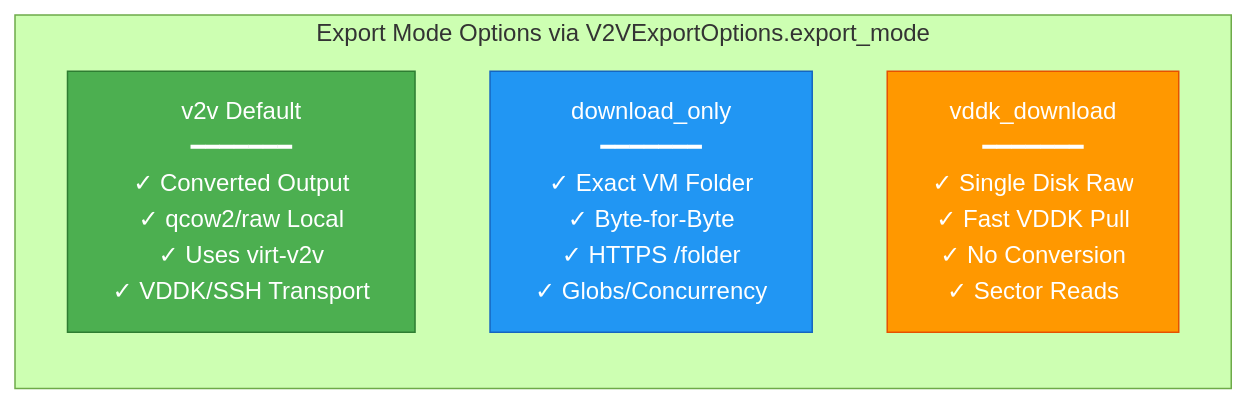
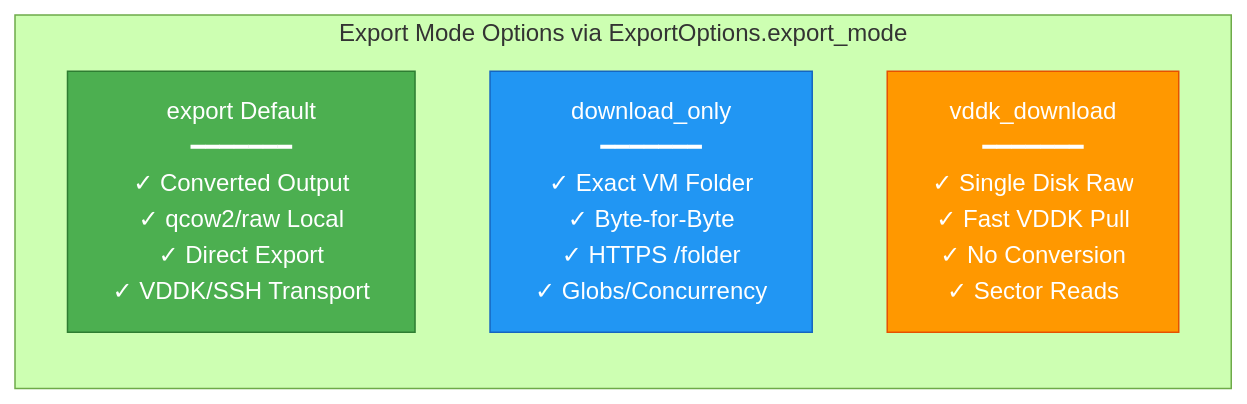
Before and after one commit to ssahani/hyper2kvm: the second of 3 diagrams in docs/07-vSphere-Design.md, drawn with Mermaid (forest theme). The commit also changed other lines of this file and 33 other files, not shown here.

````diff
--- a/docs/07-vSphere-Design.md
+++ b/docs/07-vSphere-Design.md
@@ -174,14 +174,14 @@
 ```mermaid
 graph LR
-    subgraph Modes["Export Mode Options via V2VExportOptions.export_mode"]
-        V2V["v2v Default<br/>━━━━━━━<br/>✓ Converted Output<br/>✓ qcow2/raw Local<br/>✓ Uses virt-v2v<br/>✓ VDDK/SSH Transport"]
+    subgraph Modes["Export Mode Options via ExportOptions.export_mode"]
+        Export["export Default<br/>━━━━━━━<br/>✓ Converted Output<br/>✓ qcow2/raw Local<br/>✓ Direct Export<br/>✓ VDDK/SSH Transport"]
 
         Download["download_only<br/>━━━━━━━<br/>✓ Exact VM Folder<br/>✓ Byte-for-Byte<br/>✓ HTTPS /folder<br/>✓ Globs/Concurrency"]
 
         VDDK["vddk_download<br/>━━━━━━━<br/>✓ Single Disk Raw<br/>✓ Fast VDDK Pull<br/>✓ No Conversion<br/>✓ Sector Reads"]
     end
 
-    style V2V fill:#4CAF50,stroke:#2E7D32,color:#fff
+    style Export fill:#4CAF50,stroke:#2E7D32,color:#fff
     style Download fill:#2196F3,stroke:#1565C0,color:#fff
     style VDDK fill:#FF9800,stroke:#E65100,color:#fff
 ```
````
